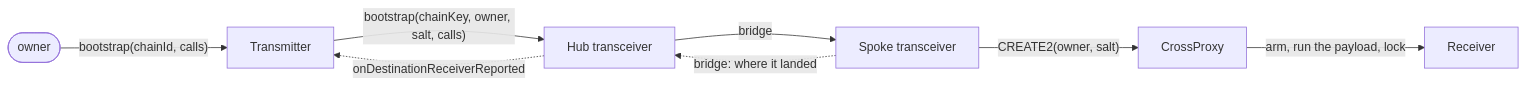
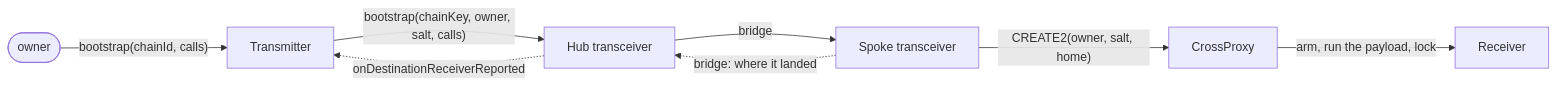
The fourth of 4 diagrams in docs/message-flow.md (crossecute/protocol), drawn with Mermaid before and after one commit. The commit also changed other lines of this file and 3 other files, not shown here.

Commit message:
docs: an account address is CREATE2 on (owner, salt, homeChainKey)

````diff
--- a/docs/message-flow.md
+++ b/docs/message-flow.md
@@ -106,10 +106,10 @@
 ```mermaid
 flowchart LR
     Owner([owner]) -->|"bootstrap(chainId, calls)"| Tx[Transmitter]
     Tx -->|"bootstrap(chainKey, owner, salt, calls)"| Hub[Hub transceiver]
     Hub -->|"bridge"| Spoke[Spoke transceiver]
-    Spoke -->|"CREATE2(owner, salt)"| Proxy[CrossProxy]
+    Spoke -->|"CREATE2(owner, salt, home)"| Proxy[CrossProxy]
     Proxy -->|"arm, run the payload, lock"| Rx[Receiver]
     Spoke -.->|"bridge: where it landed"| Hub
     Hub -.->|"onDestinationReceiverReported"| Tx
 ```
````
